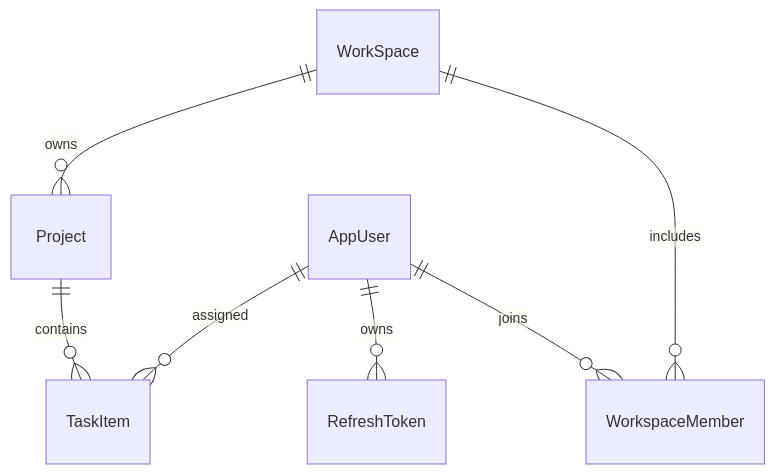
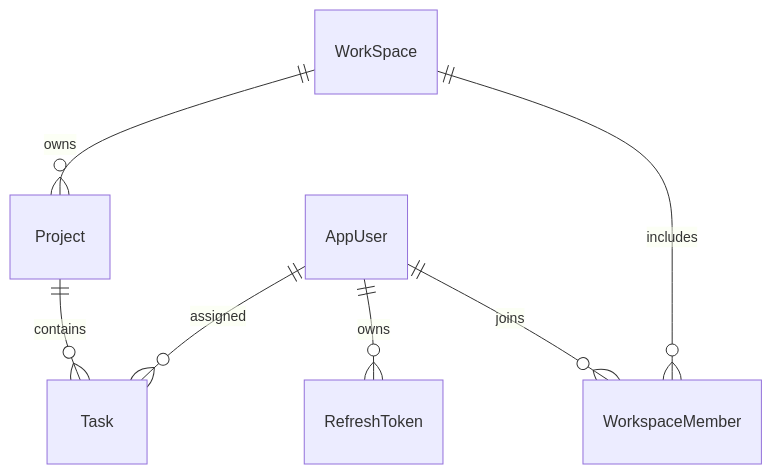
The second of 3 diagrams in docs/backend-architecture.md (Clark605/ProjectHub), drawn with Mermaid before and after one commit. The commit also changed other lines of this file and 13 other files, not shown here.

First line of the commit message:
docs: add architecture decision records for project management

````diff
--- a/docs/backend-architecture.md
+++ b/docs/backend-architecture.md
@@ -66,9 +66,9 @@
 ```mermaid
 erDiagram
     AppUser ||--o{ RefreshToken : owns
     AppUser ||--o{ WorkspaceMember : joins
     WorkSpace ||--o{ WorkspaceMember : includes
     WorkSpace ||--o{ Project : owns
-    Project ||--o{ TaskItem : contains
-    AppUser ||--o{ TaskItem : assigned
+    Project ||--o{ Task : contains
+    AppUser ||--o{ Task : assigned
 ```
````
